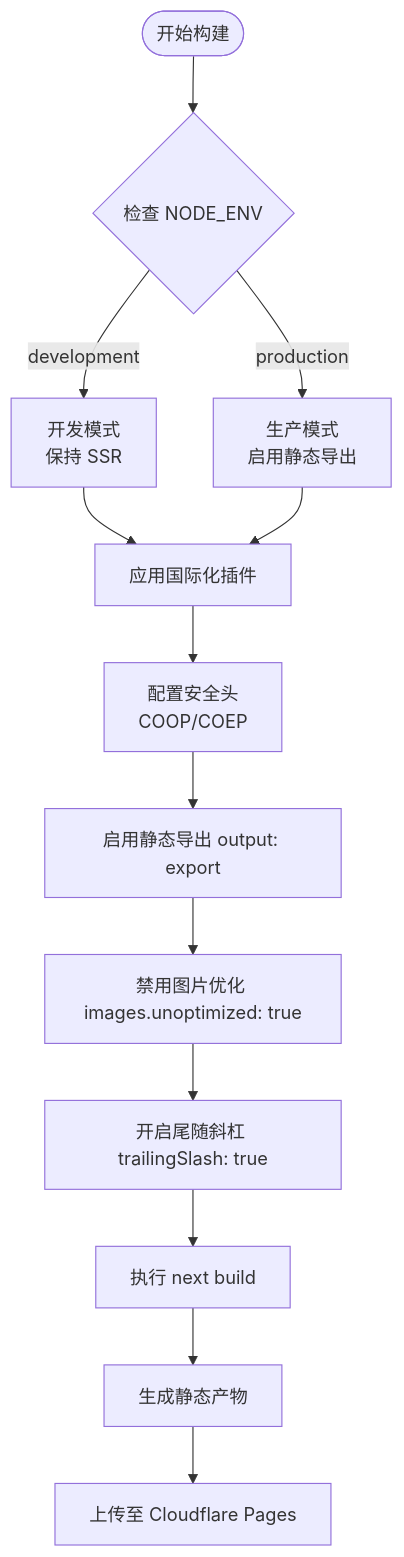
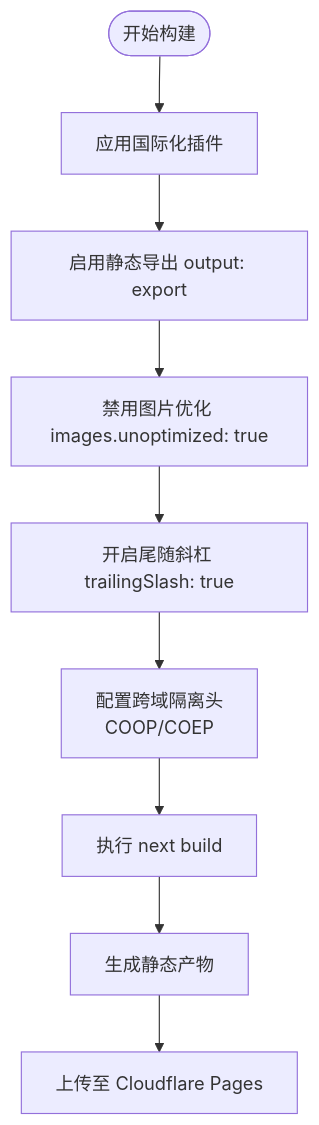
Before and after one commit to sgyy/privadeck: the third of 8 diagrams in .qoder/repowiki/zh/content/部署与维护.md, drawn with Mermaid. The commit also changed other lines of this file and 23 other files, not shown here.

````diff
--- a/.qoder/repowiki/zh/content/部署与维护.md
+++ b/.qoder/repowiki/zh/content/部署与维护.md
@@ -145,15 +120,11 @@
 ```mermaid
 flowchart TD
-Start(["开始构建"]) --> EnvCheck{"检查 NODE_ENV"}
-EnvCheck --> |development| DevMode["开发模式<br/>保持 SSR"]
-EnvCheck --> |production| ProdMode["生产模式<br/>启用静态导出"]
-DevMode --> Intl["应用国际化插件"]
-ProdMode --> Intl
-Intl --> Headers["配置安全头<br/>COOP/COEP"]
-Headers --> Export["启用静态导出 output: export"]
+Start(["开始构建"]) --> Intl["应用国际化插件"]
+Intl --> Export["启用静态导出 output: export"]
 Export --> Images["禁用图片优化 images.unoptimized: true"]
 Images --> Trailing["开启尾随斜杠 trailingSlash: true"]
-Trailing --> Build["执行 next build"]
+Trailing --> Headers["配置跨域隔离头<br/>COOP/COEP"]
+Headers --> Build["执行 next build"]
 Build --> Out["生成静态产物"]
 Out --> Deploy["上传至 Cloudflare Pages"]
 ```
````
